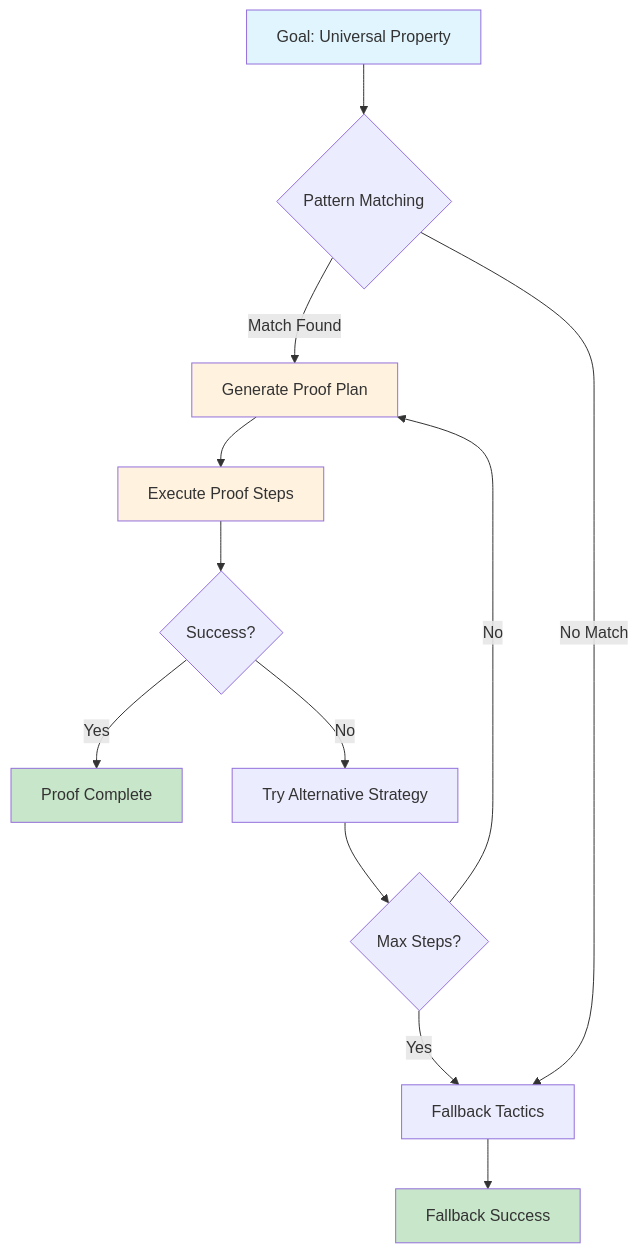
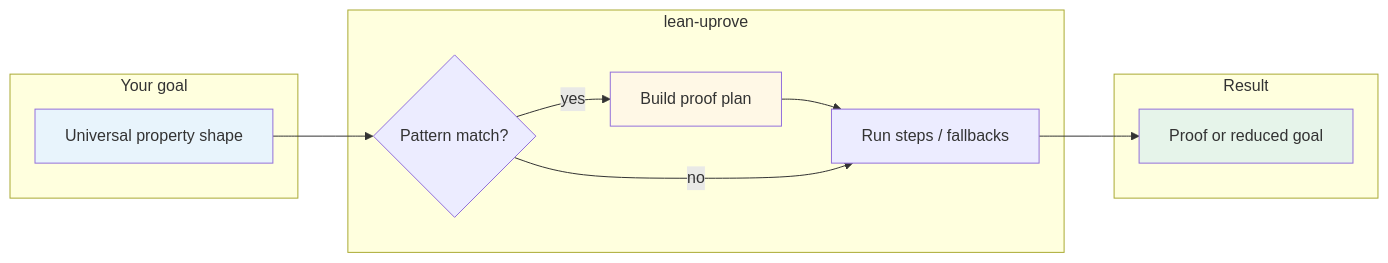
The diagram in README.md (fraware/lean-uprove), drawn with Mermaid before and after one commit. The commit also changed other lines of this file and 46 other files, not shown here.

````diff
--- a/README.md
+++ b/README.md
@@ -55,20 +39,22 @@
 ```mermaid
-graph TD
-    A[Goal: Universal Property] --> B{Pattern Matching}
-    B -->|Match Found| C[Generate Proof Plan]
-    B -->|No Match| D[Fallback Tactics]
-    C --> E[Execute Proof Steps]
-    E --> F{Success?}
-    F -->|Yes| G[Proof Complete]
-    F -->|No| H[Try Alternative Strategy]
-    H --> I{Max Steps?}
-    I -->|No| C
-    I -->|Yes| D
-    D --> J[Fallback Success]
-    
-    style A fill:#e1f5fe
-    style G fill:#c8e6c9
-    style J fill:#c8e6c9
-    style C fill:#fff3e0
-    style E fill:#fff3e0
+flowchart LR
+  subgraph input [Your goal]
+    G[Universal property shape]
+  end
+  subgraph engine [lean-uprove]
+    M{Pattern match?}
+    P[Build proof plan]
+    E[Run steps / fallbacks]
+    G --> M
+    M -->|yes| P --> E
+    M -->|no| E
+  end
+  subgraph out [Result]
+    OK[Proof or reduced goal]
+  end
+  E --> OK
+
+  style G fill:#e8f4fc
+  style OK fill:#e6f4ea
+  style P fill:#fff8e6
 ```
````
